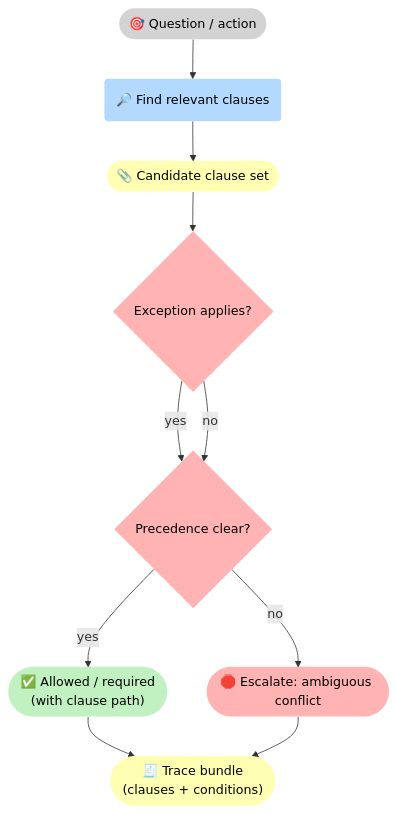
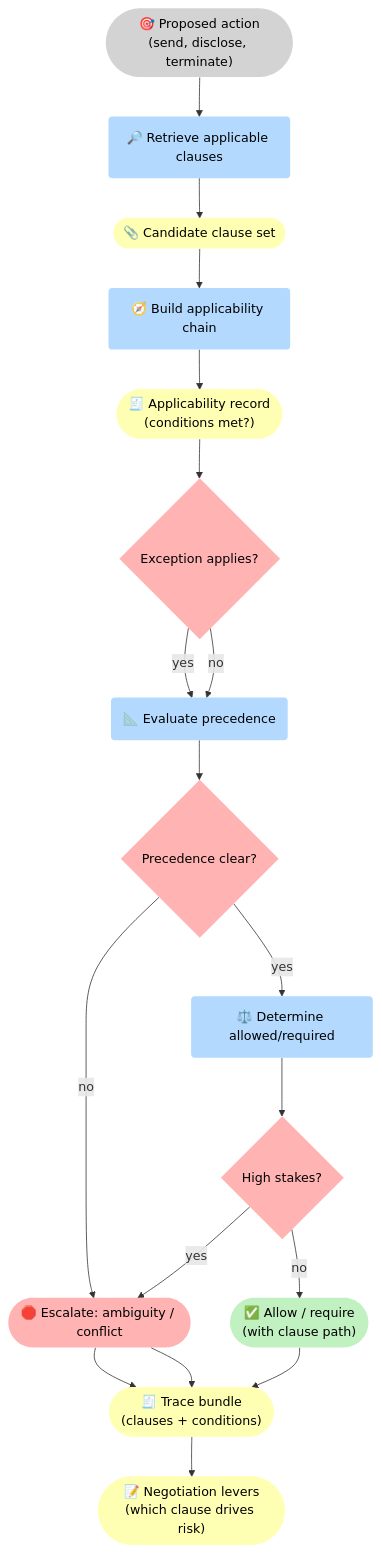
Before and after one commit to 5Reasons/5reasons.github.io: the third of 3 diagrams in docs/case-studies/legal.md, drawn with Mermaid. The commit also changed other lines of this file and 8 other files, not shown here.

First line of the commit message:
Enhance case studies with detailed flowcharts and explicit gates

````diff
--- a/docs/case-studies/legal.md
+++ b/docs/case-studies/legal.md
@@ -114,25 +175,41 @@
 ```mermaid
 flowchart TB
 %% Styles (brModel Standard)
 classDef i fill:#D3D3D3,stroke-width:0px,color:#000;
 classDef p fill:#B3D9FF,stroke-width:0px,color:#000;
 classDef r fill:#FFFFB3,stroke-width:0px,color:#000;
 classDef o fill:#C1F0C1,stroke-width:0px,color:#000;
 classDef s fill:#FFB3B3,stroke-width:0px,color:#000;
 
-I_Q(["🎯 Question / action"]):::i
-P_Find("🔎 Find relevant clauses"):::p
+I_Q(["🎯 Proposed action<br>(send, disclose, terminate)"]):::i
+P_Find("🔎 Retrieve applicable clauses"):::p
 R_Set(["📎 Candidate clause set"]):::r
+
+P_App("🧭 Build applicability chain"):::p
+R_App(["🧾 Applicability record<br>(conditions met?)"]):::r
 G_Exc{"Exception applies?"}:::s
+
+P_Prec("📐 Evaluate precedence"):::p
 G_Prec{"Precedence clear?"}:::s
-O_OK(["✅ Allowed / required<br>(with clause path)"]):::o
-S_Esc(["🛑 Escalate: ambiguous conflict"]):::s
+
+P_Out("⚖️ Determine allowed/required"):::p
+G_Risk{"High stakes?"}:::s
+
+O_OK(["✅ Allow / require<br>(with clause path)"]):::o
+S_Esc(["🛑 Escalate: ambiguity / conflict"]):::s
 R_Tr(["🧾 Trace bundle<br>(clauses + conditions)"]):::r
+R_Neg(["📝 Negotiation levers<br>(which clause drives risk)"]):::r
 
-I_Q --> P_Find --> R_Set --> G_Exc
-G_Exc -->|"yes"| G_Prec
-G_Exc -->|"no"| G_Prec
+I_Q --> P_Find --> R_Set --> P_App --> R_App --> G_Exc
+G_Exc -->|"yes"| P_Prec
+G_Exc -->|"no"| P_Prec
 
-G_Prec -->|"yes"| O_OK --> R_Tr
+P_Prec --> G_Prec
 G_Prec -->|"no"| S_Esc --> R_Tr
+G_Prec -->|"yes"| P_Out --> G_Risk
+
+G_Risk -->|"yes"| S_Esc --> R_Tr
+G_Risk -->|"no"| O_OK --> R_Tr
+
+R_Tr --> R_Neg
 ```
````
